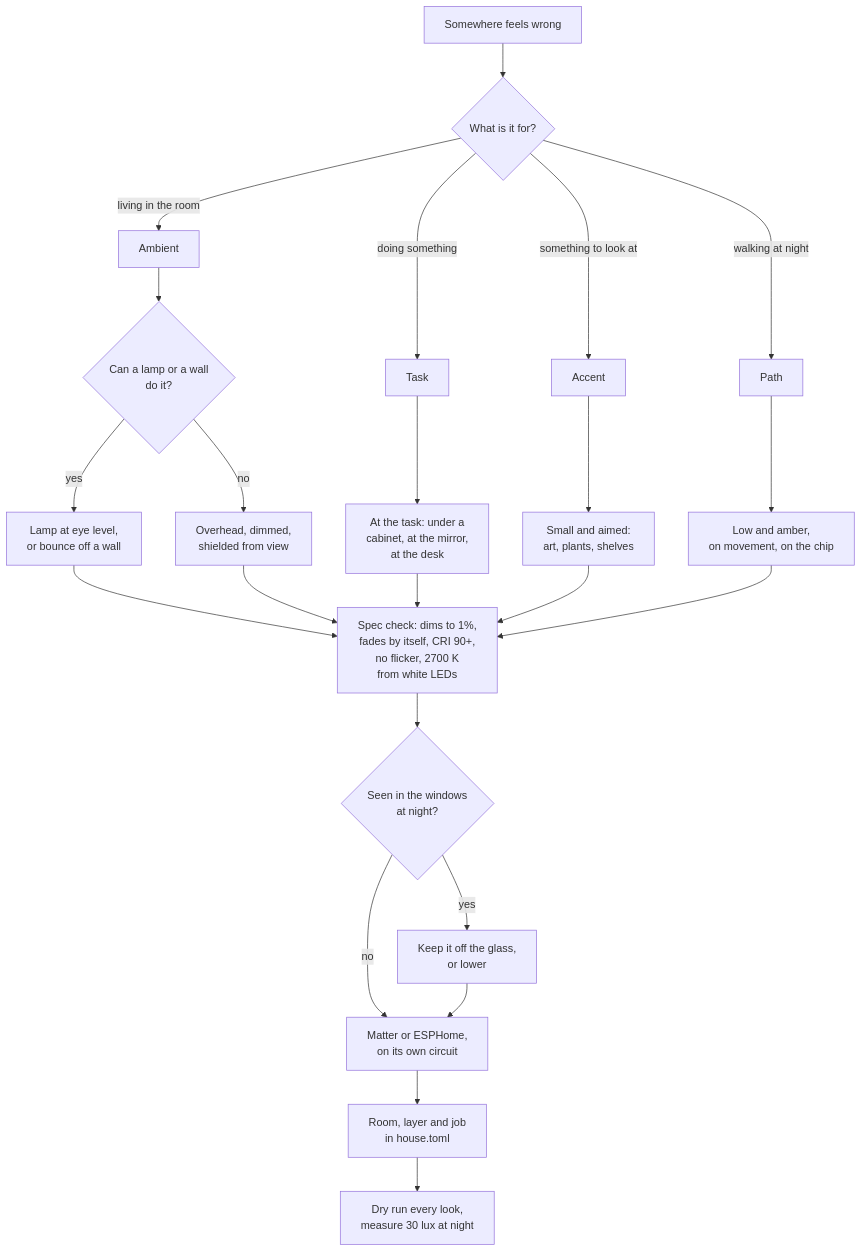
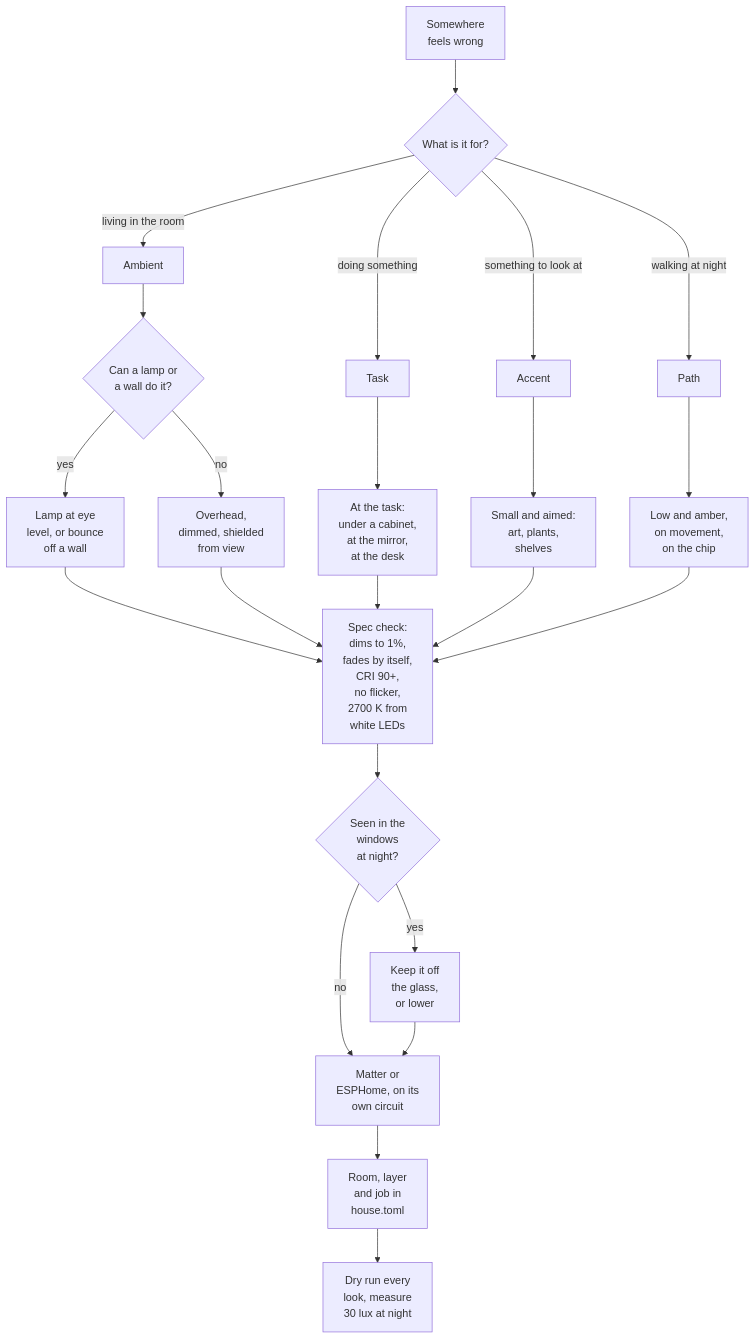
Before and after one commit to SettlingAbyss96/fosters-home-hub: the second of 2 diagrams in docs/lighting.md, drawn with Mermaid. The commit also changed 4 other files, not shown here.

First line of the commit message:
Flowcharts: no overlapping labels, nothing under GitHub's zoom buttons

````diff
--- a/docs/lighting.md
+++ b/docs/lighting.md
@@ -239,21 +239,25 @@
 ```mermaid
+---
+config:
+  themeCSS: ".edgeLabel, .edgeLabel p, .labelBkg { background-color: var(--bgColor-default) !important } .edgeLabel rect { opacity: 1 !important; fill: var(--bgColor-default) !important }"
+---
 flowchart TD
-    A[Somewhere feels wrong] --> B{What is it for?}
+    A[Somewhere<br/>feels wrong] --> B{What is it for?}
     B -->|living in the room| C[Ambient]
     B -->|doing something| D[Task]
     B -->|something to look at| E[Accent]
     B -->|walking at night| F[Path]
-    C --> C1{Can a lamp or a wall<br/>do it?}
-    C1 -->|yes| C2[Lamp at eye level,<br/>or bounce off a wall]
-    C1 -->|no| C3[Overhead, dimmed,<br/>shielded from view]
-    D --> D1[At the task: under a<br/>cabinet, at the mirror,<br/>at the desk]
-    E --> E1[Small and aimed:<br/>art, plants, shelves]
-    F --> F1[Low and amber,<br/>on movement, on the chip]
-    C2 & C3 & D1 & E1 & F1 --> K[Spec check: dims to 1%,<br/>fades by itself, CRI 90+,<br/>no flicker, 2700 K<br/>from white LEDs]
-    K --> W{Seen in the windows<br/>at night?}
-    W -->|yes| W1[Keep it off the glass,<br/>or lower]
-    W -->|no| P[Matter or ESPHome,<br/>on its own circuit]
+    C --> C1{Can a lamp or<br/>a wall do it?}
+    C1 -->|yes| C2[Lamp at eye<br/>level, or bounce<br/>off a wall]
+    C1 -->|no| C3[Overhead,<br/>dimmed, shielded<br/>from view]
+    D --> D1[At the task:<br/>under a cabinet,<br/>at the mirror,<br/>at the desk]
+    E --> E1[Small and aimed:<br/>art, plants,<br/>shelves]
+    F --> F1[Low and amber,<br/>on movement,<br/>on the chip]
+    C2 & C3 & D1 & E1 & F1 --> K[Spec check:<br/>dims to 1%,<br/>fades by itself,<br/>CRI 90+,<br/>no flicker,<br/>2700#nbsp;K from<br/>white LEDs]
+    K --> W{Seen in the<br/>windows<br/>at night?}
+    W -->|yes| W1[Keep it off<br/>the glass,<br/>or lower]
+    W -->|no| P[Matter or<br/>ESPHome, on its<br/>own circuit]
     W1 --> P
-    P --> R[Room, layer and job<br/>in house.toml]
-    R --> V[Dry run every look,<br/>measure 30 lux at night]
+    P --> R[Room, layer<br/>and job in<br/>house.toml]
+    R --> V[Dry run every<br/>look, measure<br/>30 lux at night]
 ```
````
